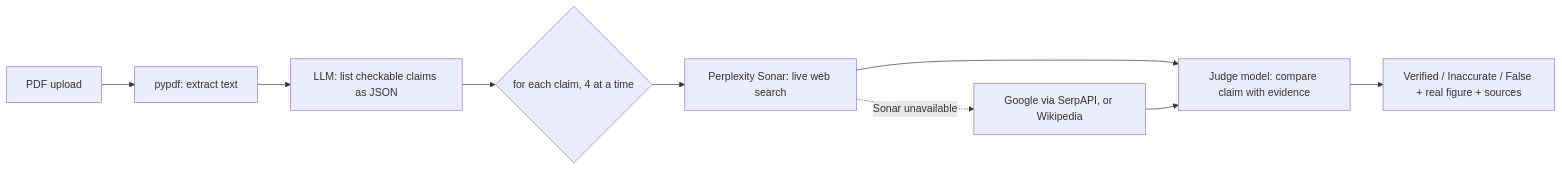
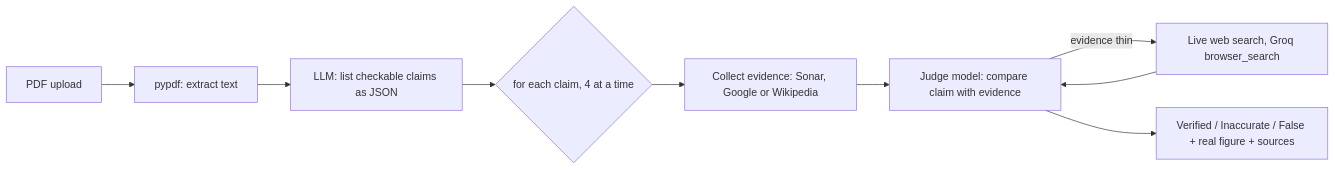
Before and after one commit to Ch3135/fact-check-agent: the diagram in README.md, drawn with Mermaid. The commit also changed other lines of this file and 1 other file, not shown here.

Commit message:
Update README and footer for the Groq setup

````diff
--- a/README.md
+++ b/README.md
@@ -20,11 +20,11 @@
 ```mermaid
 flowchart LR
     A[PDF upload] --> B[pypdf: extract text]
     B --> C[LLM: list checkable claims as JSON]
     C --> D{for each claim, 4 at a time}
-    D --> E[Perplexity Sonar: live web search]
+    D --> E[Collect evidence: Sonar, Google or Wikipedia]
     E --> F[Judge model: compare claim with evidence]
+    F -- evidence thin --> W[Live web search, Groq browser_search]
+    W --> F
     F --> G[Verified / Inaccurate / False + real figure + sources]
-    E -. Sonar unavailable .-> H[Google via SerpAPI, or Wikipedia]
-    H --> F
 ```
````
